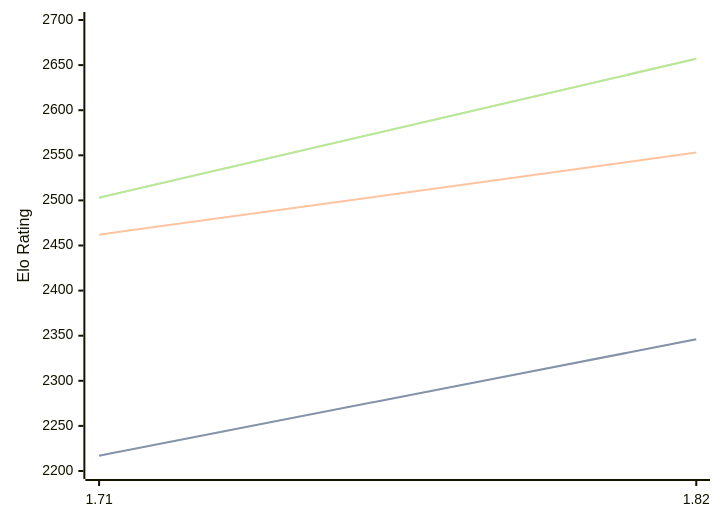
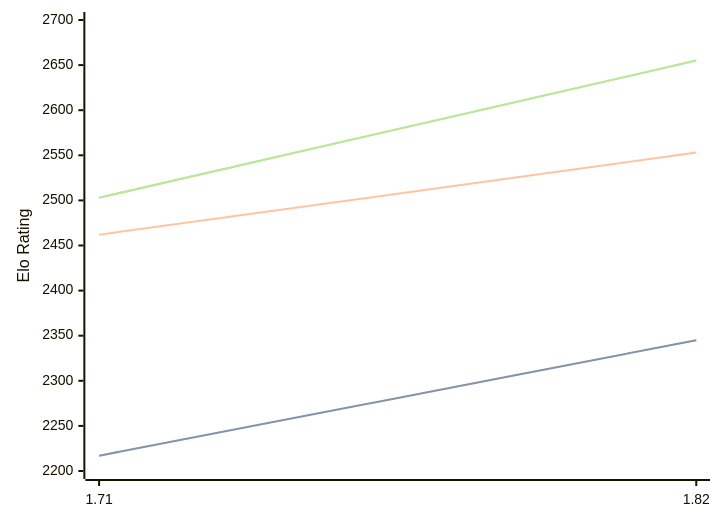
The diagram in engines/Amira.md (computer-chess-index/cci), drawn with Mermaid before and after one commit. The commit also changed other lines of this file, not shown here.

Commit message:
Update CCI Ratings (ELO VLTC) - 2026-04-05

````diff
--- a/engines/Amira.md
+++ b/engines/Amira.md
@@ -35,11 +35,11 @@
 ```mermaid
 %%{init: {"theme":"base","themeVariables":{"seriesColors:['#a3a3a3','#222221','#faa371']}}}%%
 xychart-beta
   x-axis ["1.71", "1.82"]
   y-axis "Elo Rating" 2200 --> 2700
-  line "STC (8.0+0.08s)" [2217, 2346]
-  line "STC (8.0+0.08s)" [2217, 2346]
+  line "STC (8.0+0.08s)" [2217, 2345]
+  line "STC (8.0+0.08s)" [2217, 2345]
   line "LTC (60.0+0.60s)" [2462, 2553]
-  line "VLTC (2m24s+1.12s)" [2503, 2657]
-  line "VLTC (2m24s+1.12s)" [2503, 2657]
+  line "VLTC (2m24s+1.12s)" [2503, 2655]
+  line "VLTC (2m24s+1.12s)" [2503, 2655]
 ```
````
